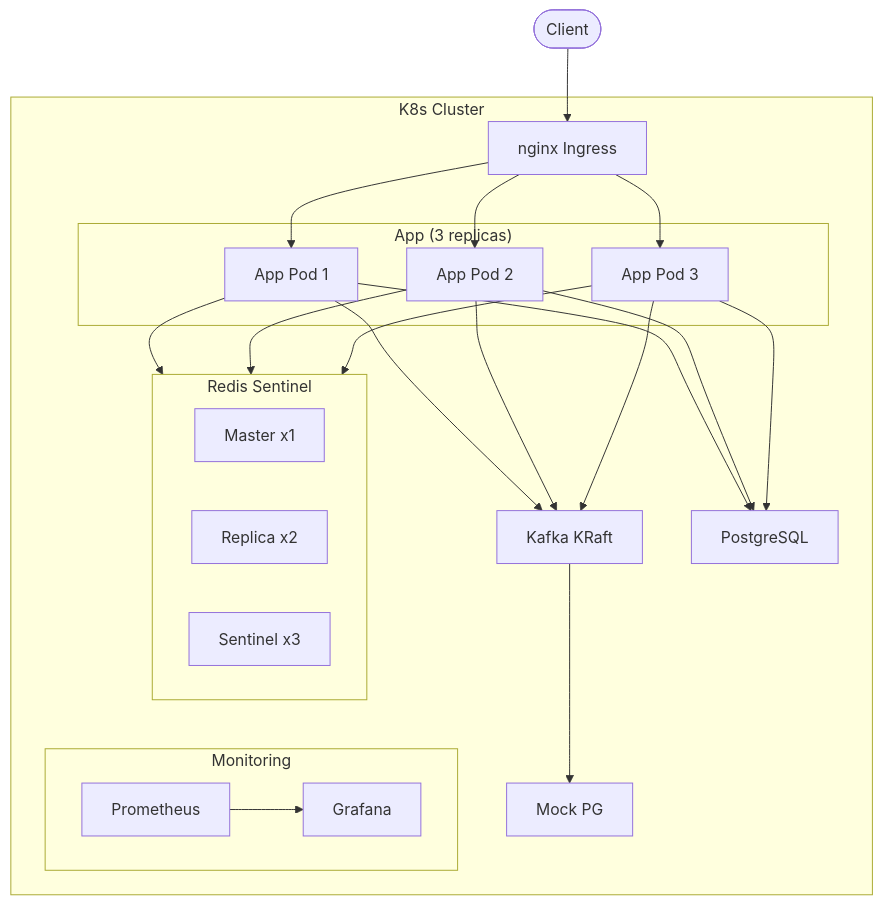
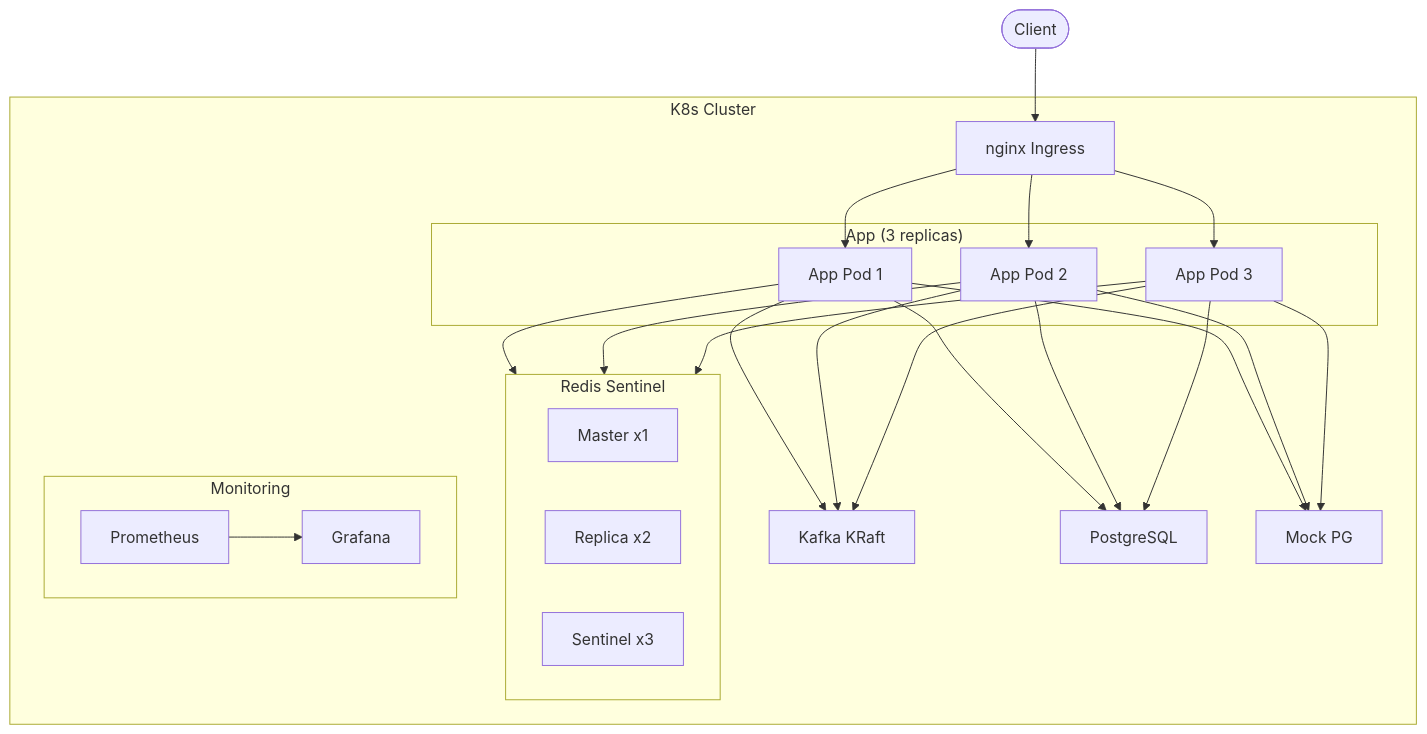
The first of 2 diagrams in README.md (L-a-z-e/flash-sale), drawn with Mermaid before and after one commit. The commit also changed other lines of this file and 1 other file, not shown here.

````diff
--- a/README.md
+++ b/README.md
@@ -8,35 +21,35 @@
 ```mermaid
 graph TB
     Client([Client]) --> Ingress[nginx Ingress]
 
     subgraph K8s["K8s Cluster"]
         Ingress --> App1[App Pod 1]
         Ingress --> App2[App Pod 2]
         Ingress --> App3[App Pod 3]
 
         subgraph App["App (3 replicas)"]
             App1
             App2
             App3
         end
 
         App1 & App2 & App3 --> Redis
         App1 & App2 & App3 --> Kafka
         App1 & App2 & App3 --> PG
-        Kafka --> MockPG
+        App1 & App2 & App3 --> MockPG
 
         subgraph Redis["Redis Sentinel"]
             Master[Master x1]
             Replica[Replica x2]
             Sentinel[Sentinel x3]
         end
 
         Kafka["Kafka KRaft"]
         PG["PostgreSQL"]
         MockPG["Mock PG"]
 
         subgraph Monitoring
             Prometheus --> Grafana
         end
     end
 ```
````
